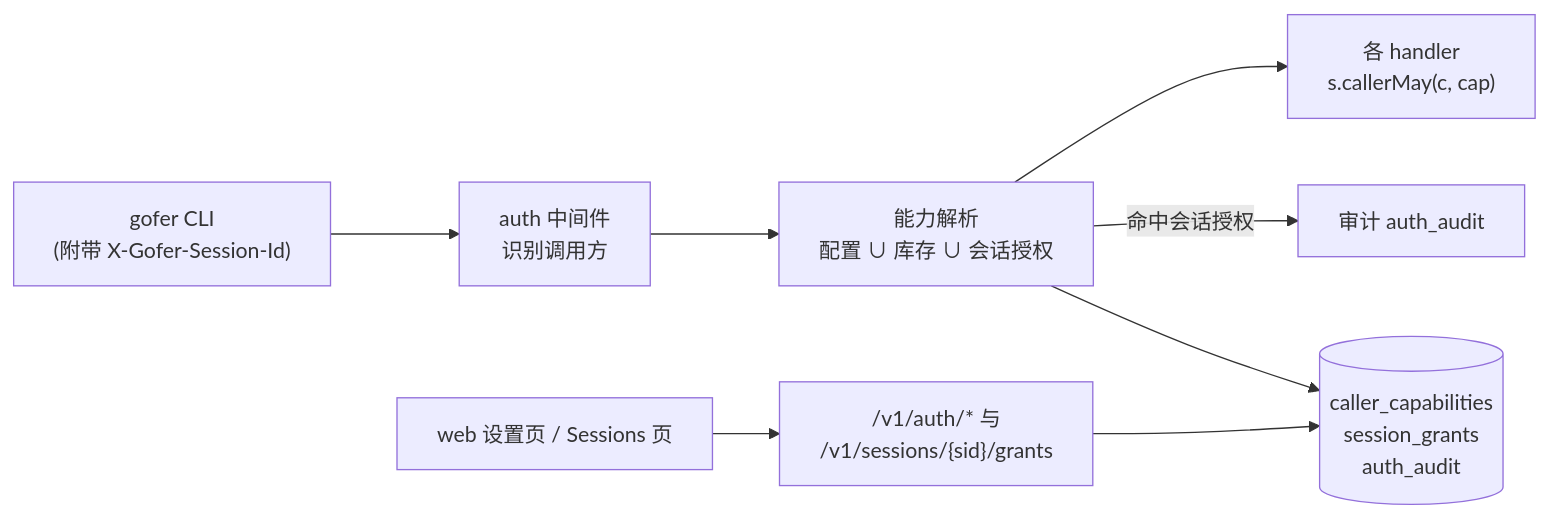
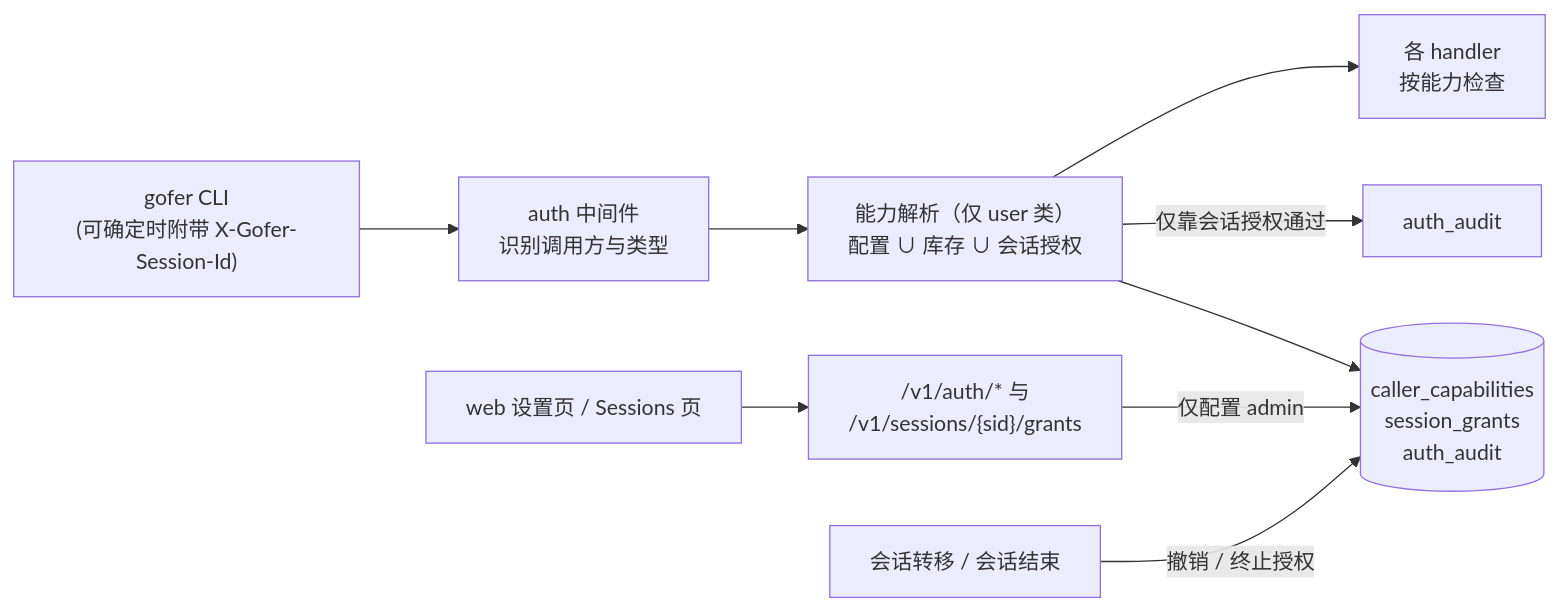
Before and after one commit to inhere/gofer: the first of 2 diagrams in docs/design/2026-10-14-db-capabilities-and-session-grants-design.md, drawn with Mermaid. The commit also changed other lines of this file and 1 other file, not shown here.

Commit message:
docs(design): capabilities and session grants Draft 0.2 after review

````diff
--- a/docs/design/2026-10-14-db-capabilities-and-session-grants-design.md
+++ b/docs/design/2026-10-14-db-capabilities-and-session-grants-design.md
@@ -100,10 +131,11 @@
 ```mermaid
 flowchart LR
-  CLI["gofer CLI<br/>(附带 X-Gofer-Session-Id)"] --> AUTH["auth 中间件<br/>识别调用方"]
-  AUTH --> CAPS["能力解析<br/>配置 ∪ 库存 ∪ 会话授权"]
-  CAPS --> H["各 handler<br/>s.callerMay(c, cap)"]
-  CAPS -- 命中会话授权 --> AUD["审计 auth_audit"]
+  CLI["gofer CLI<br/>(可确定时附带 X-Gofer-Session-Id)"] --> AUTH["auth 中间件<br/>识别调用方与类型"]
+  AUTH --> CAPS["能力解析（仅 user 类）<br/>配置 ∪ 库存 ∪ 会话授权"]
+  CAPS --> H["各 handler<br/>按能力检查"]
+  CAPS -- 仅靠会话授权通过 --> AUD["auth_audit"]
   WEB["web 设置页 / Sessions 页"] --> API["/v1/auth/* 与<br/>/v1/sessions/{sid}/grants"]
-  API --> DB[("caller_capabilities<br/>session_grants<br/>auth_audit")]
+  API -- 仅配置 admin --> DB[("caller_capabilities<br/>session_grants<br/>auth_audit")]
   CAPS --> DB
+  OWN["会话转移 / 会话结束"] -- 撤销 / 终止授权 --> DB
 ```
````
